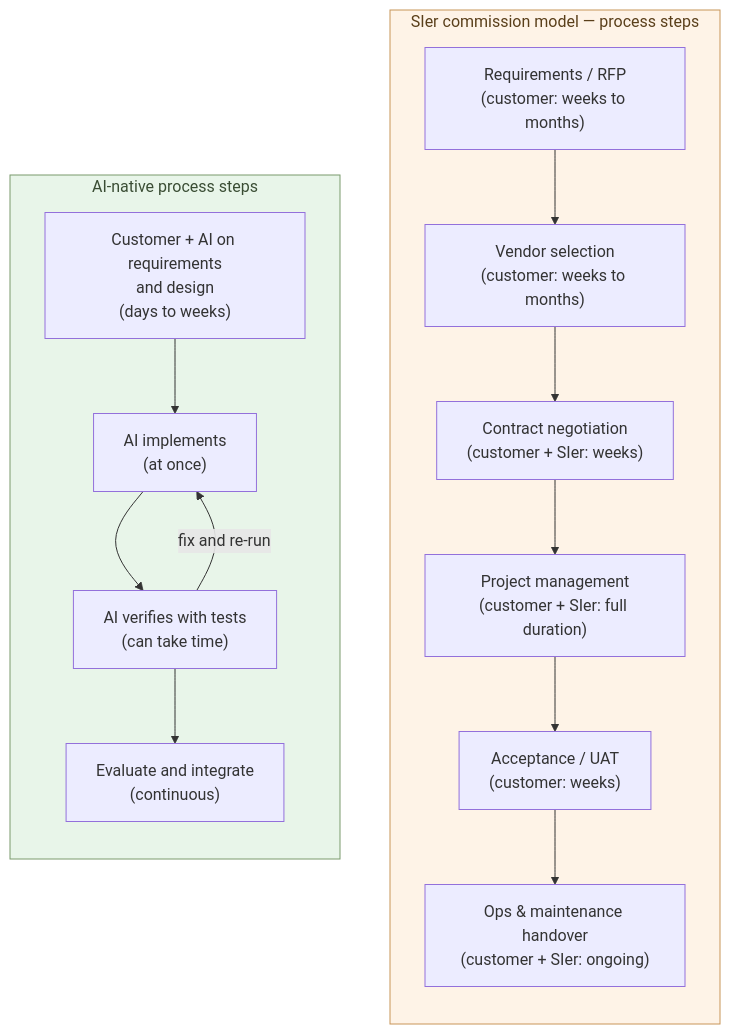
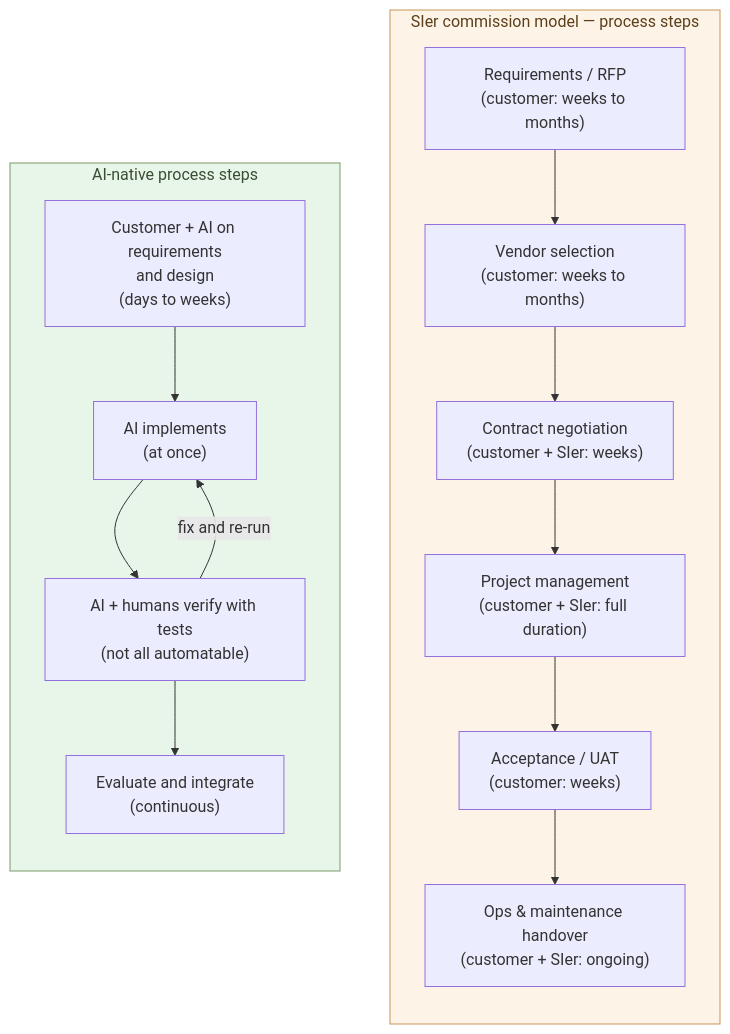
The diagram in articles/ai-native-ways/software/18-sier-uneconomic/en.md (aiseed-dev/website), drawn with Mermaid before and after one commit. The commit also changed other lines of this file and 1 other file, not shown here.

First line of the commit message:
software 3-03: not all testing can be automated

````diff
--- a/articles/ai-native-ways/software/18-sier-uneconomic/en.md
+++ b/articles/ai-native-ways/software/18-sier-uneconomic/en.md
@@ -94,28 +95,28 @@
 ```mermaid
 flowchart TB
   subgraph Sier["SIer commission model — process steps"]
     direction TB
     S1["Requirements / RFP<br/>(customer: weeks to months)"]
     S2["Vendor selection<br/>(customer: weeks to months)"]
     S3["Contract negotiation<br/>(customer + SIer: weeks)"]
     S4["Project management<br/>(customer + SIer: full duration)"]
     S5["Acceptance / UAT<br/>(customer: weeks)"]
     S6["Ops & maintenance handover<br/>(customer + SIer: ongoing)"]
     S1 --> S2 --> S3 --> S4 --> S5 --> S6
   end
 
   subgraph AI["AI-native process steps"]
     direction TB
     A1["Customer + AI on requirements<br/>and design<br/>(days to weeks)"]
     A2["AI implements<br/>(at once)"]
-    A3["AI verifies with tests<br/>(can take time)"]
+    A3["AI + humans verify with tests<br/>(not all automatable)"]
     A4["Evaluate and integrate<br/>(continuous)"]
     A1 --> A2 --> A3 --> A4
     A3 -->|fix and re-run| A2
   end
 
   classDef good fill:#e8f5e9,stroke:#7a9a6d,color:#3a4d34
   classDef bad fill:#fef3e7,stroke:#c89559,color:#5a3f1a
   class AI good
   class Sier bad
 ```
````
